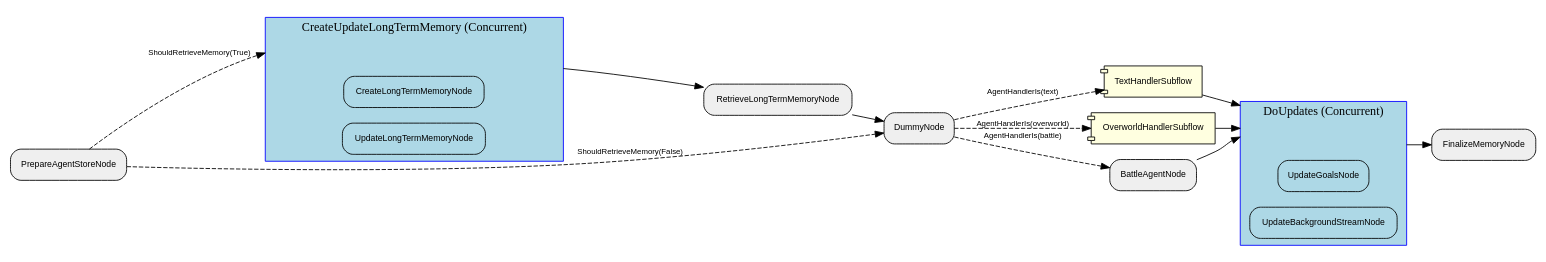
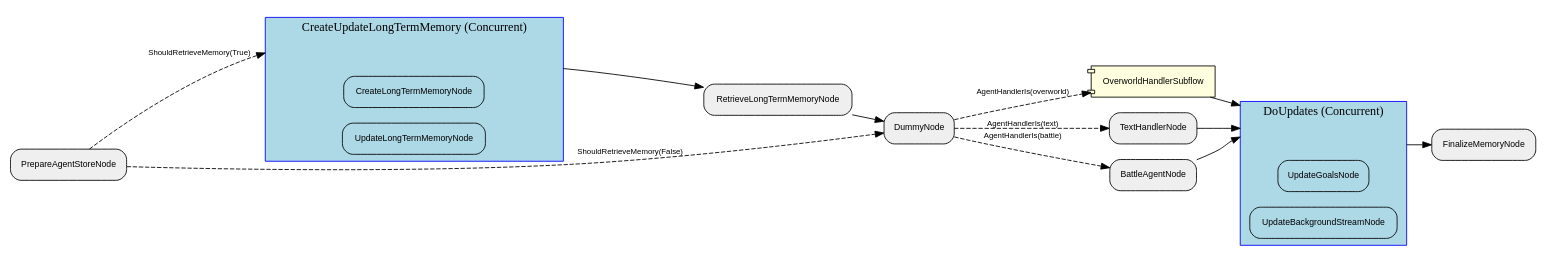
One commit to clambro/ai-plays-pokemon changed the diagram in visualization/agent_graph/Graph.dot. Above: the diagram before and after it, drawn with Graphviz. The commit also changed 51 other files, not shown here.

First line of the commit message:
Replace the Junjo text subflow with a Pydantic AI agent (#92)

```diff
--- a/visualization/agent_graph/Graph.dot
+++ b/visualization/agent_graph/Graph.dot
@@ -1,46 +1,46 @@
 digraph "G" {
   rankdir=LR;
   compound=true;
   node [shape=box, style="rounded,filled", fillcolor="#EFEFEF", fontname="Helvetica", fontsize=10];
   edge [fontname="Helvetica", fontsize=9];
-  subgraph "cluster_o0O6dLxKLhdviNccnpYR1" {
+  subgraph "cluster_Vg2hd6Kv8v34S9z1r538B" {
     label="CreateUpdateLongTermMemory (Concurrent)";
     style="filled"; fillcolor="lightblue"; color="blue";
     node [fillcolor="lightblue", style="filled,rounded"];
-    "o0O6dLxKLhdviNccnpYR1__entry" [label="", shape=point, width=0.01, style=invis];
-    "o0O6dLxKLhdviNccnpYR1__exit"  [label="", shape=point, width=0.01, style=invis];
-    g44YdhDLLbvrLy1YJ5SG7 [label="CreateLongTermMemoryNode"];
-    QmkJGpdVAtGnBNCpujMZF [label="UpdateLongTermMemoryNode"];
+    "Vg2hd6Kv8v34S9z1r538B__entry" [label="", shape=point, width=0.01, style=invis];
+    "Vg2hd6Kv8v34S9z1r538B__exit"  [label="", shape=point, width=0.01, style=invis];
+    e4i2JSNigLMBFJbe3vHXj [label="CreateLongTermMemoryNode"];
+    MqpVLM463dgkCTUM8SgwS [label="UpdateLongTermMemoryNode"];
   }
-  subgraph "cluster_RtTGRwTSA4xy6Vozt075l" {
+  subgraph "cluster_fGiP0VsAowpaVyVuA2BtG" {
     label="DoUpdates (Concurrent)";
     style="filled"; fillcolor="lightblue"; color="blue";
     node [fillcolor="lightblue", style="filled,rounded"];
-    "RtTGRwTSA4xy6Vozt075l__entry" [label="", shape=point, width=0.01, style=invis];
-    "RtTGRwTSA4xy6Vozt075l__exit"  [label="", shape=point, width=0.01, style=invis];
-    jFSoMuMTOFy83u5f7QtdA [label="UpdateGoalsNode"];
-    Xkjw6xyXXtMlWihLEuQNs [label="UpdateBackgroundStreamNode"];
+    "fGiP0VsAowpaVyVuA2BtG__entry" [label="", shape=point, width=0.01, style=invis];
+    "fGiP0VsAowpaVyVuA2BtG__exit"  [label="", shape=point, width=0.01, style=invis];
+    MN4ziPziOXW06ELuVmUzn [label="UpdateGoalsNode"];
+    JByORDenR72utgAkKIeLK [label="UpdateBackgroundStreamNode"];
   }
-  IM2bYZ8Egf0jU6WaHJeVQ [label="TextHandlerSubflow", shape=component, style="filled,rounded", fillcolor="lightyellow"];
-  QIkEPkcV0JILIFlaS7gHv [label="OverworldHandlerSubflow", shape=component, style="filled,rounded", fillcolor="lightyellow"];
-  QmkJGpdVAtGnBNCpujMZF [label="UpdateLongTermMemoryNode"];
-  jFSoMuMTOFy83u5f7QtdA [label="UpdateGoalsNode"];
-  "8FrRI8S0ibkT8Vb9m2MzO" [label="BattleAgentNode"];
-  R23Y0lV9pKaQNMzlq9lca [label="RetrieveLongTermMemoryNode"];
-  WkMzn53ZyL0YzPFXYCCEc [label="DummyNode"];
-  g44YdhDLLbvrLy1YJ5SG7 [label="CreateLongTermMemoryNode"];
-  "8BjzGaYDQzV6g798mESdp" [label="PrepareAgentStoreNode"];
-  Xkjw6xyXXtMlWihLEuQNs [label="UpdateBackgroundStreamNode"];
-  finalizeMemory [label="FinalizeMemoryNode"];
-  "8BjzGaYDQzV6g798mESdp" -> o0O6dLxKLhdviNccnpYR1__entry [lhead="cluster_o0O6dLxKLhdviNccnpYR1", style="dashed", label="ShouldRetrieveMemory(True)"];
-  o0O6dLxKLhdviNccnpYR1__exit -> R23Y0lV9pKaQNMzlq9lca [ltail="cluster_o0O6dLxKLhdviNccnpYR1", style="solid"];
-  "8BjzGaYDQzV6g798mESdp" -> WkMzn53ZyL0YzPFXYCCEc [style="dashed", label="ShouldRetrieveMemory(False)"];
-  R23Y0lV9pKaQNMzlq9lca -> WkMzn53ZyL0YzPFXYCCEc [style="solid"];
-  WkMzn53ZyL0YzPFXYCCEc -> QIkEPkcV0JILIFlaS7gHv [style="dashed", label="AgentHandlerIs(overworld)"];
-  WkMzn53ZyL0YzPFXYCCEc -> "8FrRI8S0ibkT8Vb9m2MzO" [style="dashed", label="AgentHandlerIs(battle)"];
-  WkMzn53ZyL0YzPFXYCCEc -> IM2bYZ8Egf0jU6WaHJeVQ [style="dashed", label="AgentHandlerIs(text)"];
-  IM2bYZ8Egf0jU6WaHJeVQ -> RtTGRwTSA4xy6Vozt075l__entry [lhead="cluster_RtTGRwTSA4xy6Vozt075l", style="solid"];
-  "8FrRI8S0ibkT8Vb9m2MzO" -> RtTGRwTSA4xy6Vozt075l__entry [lhead="cluster_RtTGRwTSA4xy6Vozt075l", style="solid"];
-  QIkEPkcV0JILIFlaS7gHv -> RtTGRwTSA4xy6Vozt075l__entry [lhead="cluster_RtTGRwTSA4xy6Vozt075l", style="solid"];
-  RtTGRwTSA4xy6Vozt075l__exit -> finalizeMemory [ltail="cluster_RtTGRwTSA4xy6Vozt075l", style="solid"];
+  "0MaGjWmGWIqEmhREMZfwb" [label="PrepareAgentStoreNode"];
+  JByORDenR72utgAkKIeLK [label="UpdateBackgroundStreamNode"];
+  "8Fj3rcHaczFY6KrIxE2CM" [label="RetrieveLongTermMemoryNode"];
+  MN4ziPziOXW06ELuVmUzn [label="UpdateGoalsNode"];
+  OEE7uI0clMr6XDlM4jJIj [label="OverworldHandlerSubflow", shape=component, style="filled,rounded", fillcolor="lightyellow"];
+  e4i2JSNigLMBFJbe3vHXj [label="CreateLongTermMemoryNode"];
+  sMUB8ibM7FwyzEM82NEIN [label="FinalizeMemoryNode"];
+  FFWSFtvvR4ZJPgWVhi7d3 [label="TextHandlerNode"];
+  KOlKyhzW7Spw5dOuL9GHS [label="BattleAgentNode"];
+  MqpVLM463dgkCTUM8SgwS [label="UpdateLongTermMemoryNode"];
+  tGTSx4TT9UAUPA6EB9kCI [label="DummyNode"];
+  "0MaGjWmGWIqEmhREMZfwb" -> Vg2hd6Kv8v34S9z1r538B__entry [lhead="cluster_Vg2hd6Kv8v34S9z1r538B", style="dashed", label="ShouldRetrieveMemory(True)"];
+  Vg2hd6Kv8v34S9z1r538B__exit -> "8Fj3rcHaczFY6KrIxE2CM" [ltail="cluster_Vg2hd6Kv8v34S9z1r538B", style="solid"];
+  "0MaGjWmGWIqEmhREMZfwb" -> tGTSx4TT9UAUPA6EB9kCI [style="dashed", label="ShouldRetrieveMemory(False)"];
+  "8Fj3rcHaczFY6KrIxE2CM" -> tGTSx4TT9UAUPA6EB9kCI [style="solid"];
+  tGTSx4TT9UAUPA6EB9kCI -> OEE7uI0clMr6XDlM4jJIj [style="dashed", label="AgentHandlerIs(overworld)"];
+  tGTSx4TT9UAUPA6EB9kCI -> KOlKyhzW7Spw5dOuL9GHS [style="dashed", label="AgentHandlerIs(battle)"];
+  tGTSx4TT9UAUPA6EB9kCI -> FFWSFtvvR4ZJPgWVhi7d3 [style="dashed", label="AgentHandlerIs(text)"];
+  FFWSFtvvR4ZJPgWVhi7d3 -> fGiP0VsAowpaVyVuA2BtG__entry [lhead="cluster_fGiP0VsAowpaVyVuA2BtG", style="solid"];
+  KOlKyhzW7Spw5dOuL9GHS -> fGiP0VsAowpaVyVuA2BtG__entry [lhead="cluster_fGiP0VsAowpaVyVuA2BtG", style="solid"];
+  OEE7uI0clMr6XDlM4jJIj -> fGiP0VsAowpaVyVuA2BtG__entry [lhead="cluster_fGiP0VsAowpaVyVuA2BtG", style="solid"];
+  fGiP0VsAowpaVyVuA2BtG__exit -> sMUB8ibM7FwyzEM82NEIN [ltail="cluster_fGiP0VsAowpaVyVuA2BtG", style="solid"];
 }
```
